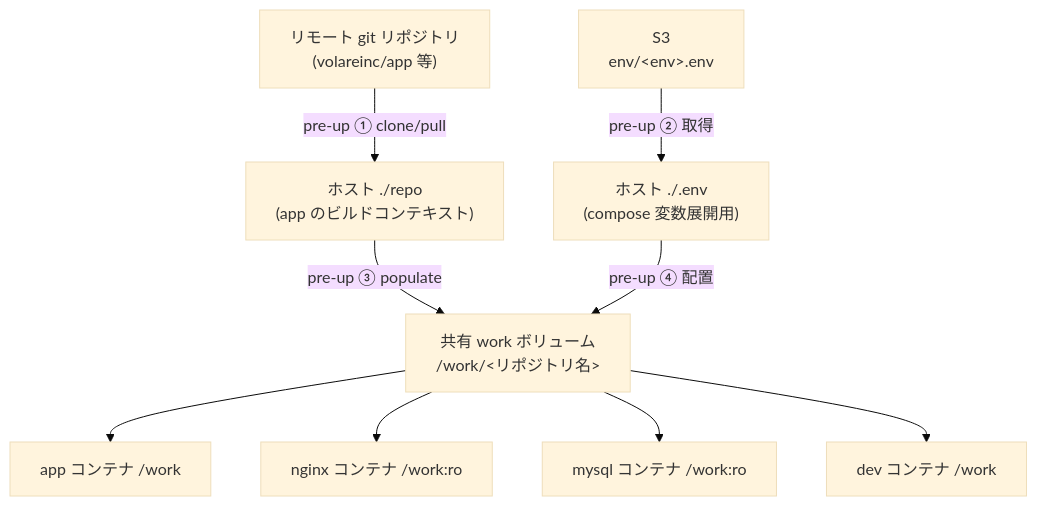
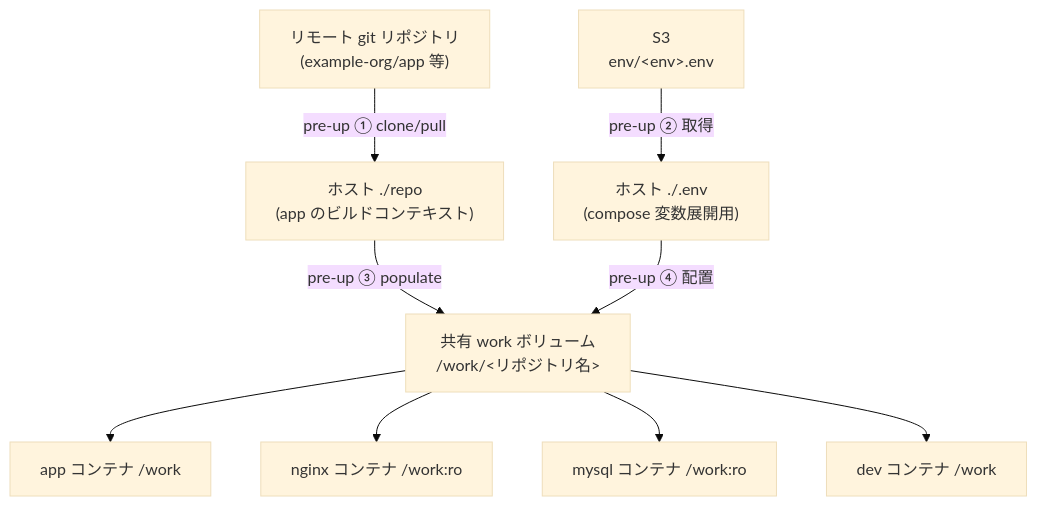
One commit to devbasex/devbase changed the diagram in docs/plugin-dev/repo-backed-projects.md. Above: the diagram before and after it, drawn with Mermaid (base theme). The commit also changed other lines of this file and 18 other files, not shown here.

````diff
--- a/docs/plugin-dev/repo-backed-projects.md
+++ b/docs/plugin-dev/repo-backed-projects.md
@@ -27,11 +27,11 @@
 ```mermaid
 graph TD
-    S["リモート git リポジトリ<br/>(volareinc/app 等)"] -->|"pre-up ① clone/pull"| R["ホスト ./repo<br/>(app のビルドコンテキスト)"]
+    S["リモート git リポジトリ<br/>(example-org/app 等)"] -->|"pre-up ① clone/pull"| R["ホスト ./repo<br/>(app のビルドコンテキスト)"]
     S3["S3<br/>env/&lt;env&gt;.env"] -->|"pre-up ② 取得"| E["ホスト ./.env<br/>(compose 変数展開用)"]
     R -->|"pre-up ③ populate"| V["共有 work ボリューム<br/>/work/&lt;リポジトリ名&gt;"]
     E -->|"pre-up ④ 配置"| V
     V --> A["app コンテナ /work"]
     V --> N["nginx コンテナ /work:ro"]
     V --> M["mysql コンテナ /work:ro"]
     V --> D["dev コンテナ /work"]
 ```
````
